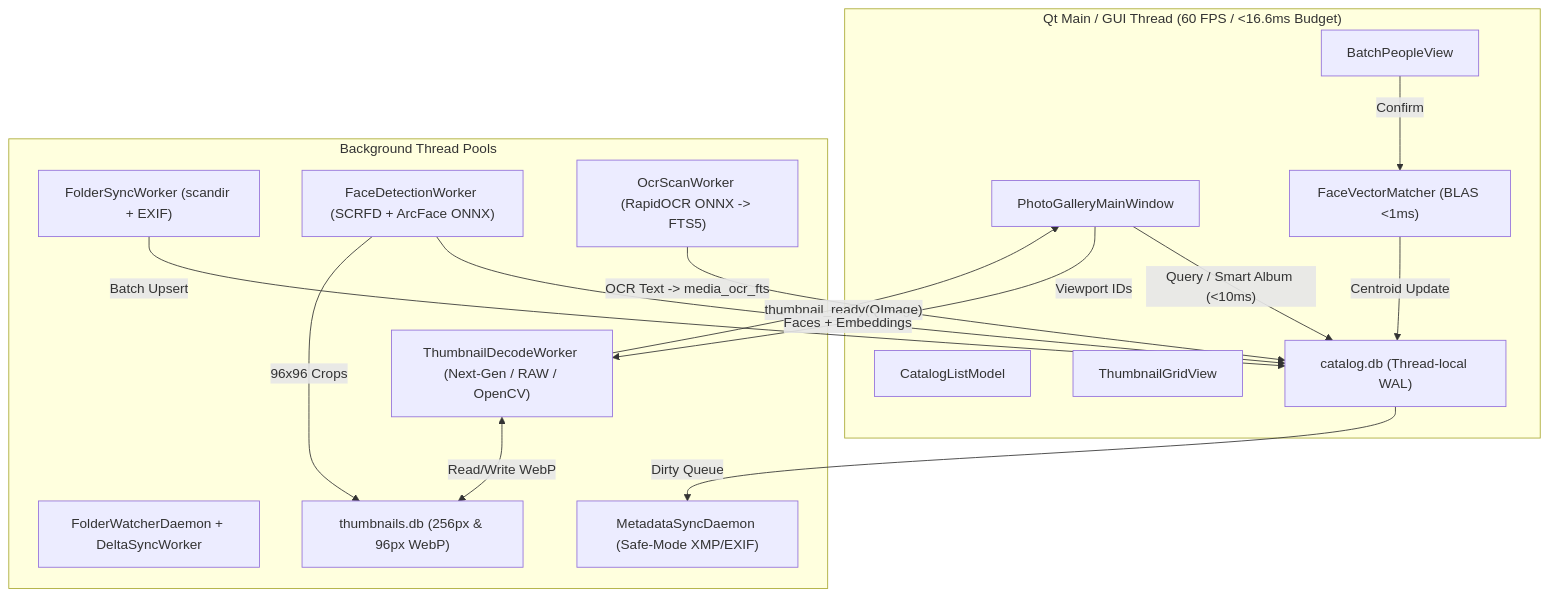
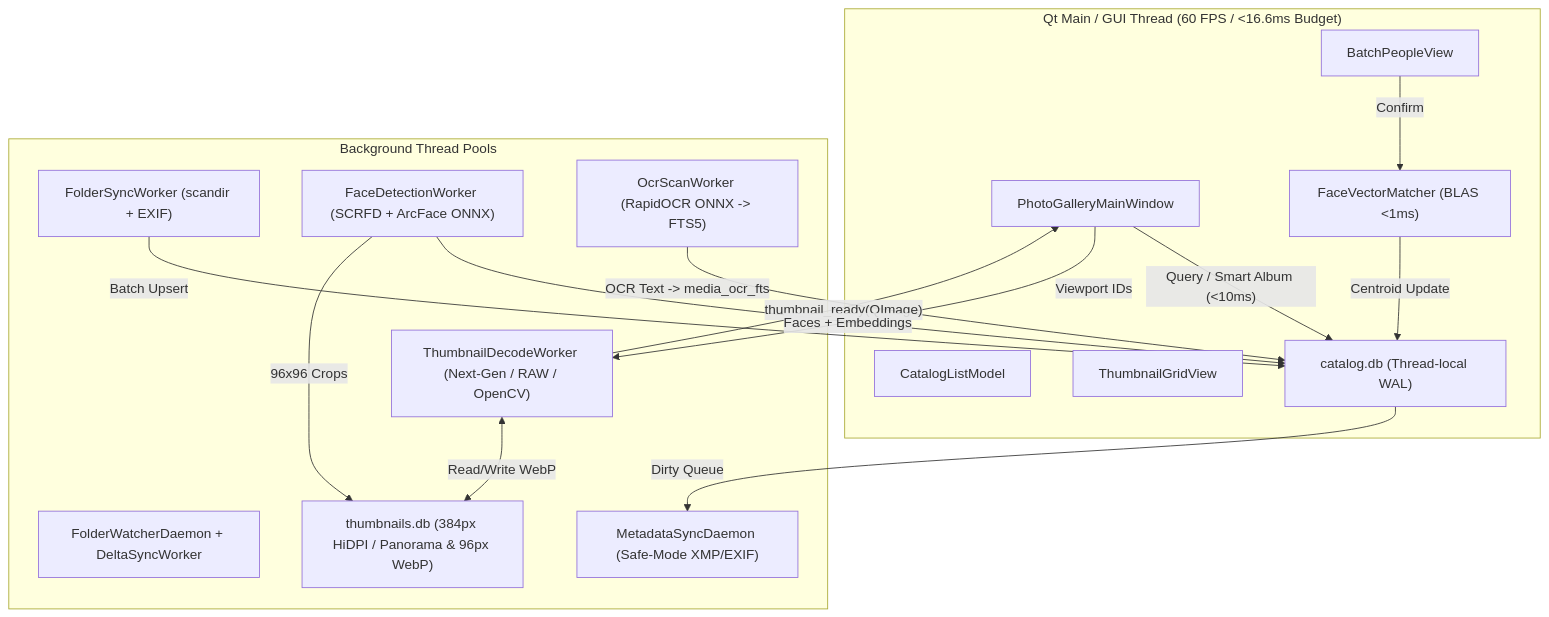
The diagram in docs/ARCHITECTURE.md (docsucram/Essentials-Photo-Gallery), drawn with Mermaid before and after one commit. The commit also changed other lines of this file and 3 other files, not shown here.

````diff
--- a/docs/ARCHITECTURE.md
+++ b/docs/ARCHITECTURE.md
@@ -245,33 +245,33 @@
 ```mermaid
 flowchart TB
     subgraph UI_Thread["Qt Main / GUI Thread (60 FPS / <16.6ms Budget)"]
         MW["PhotoGalleryMainWindow"]
         CLM["CatalogListModel"]
         TGV["ThumbnailGridView"]
         BPV["BatchPeopleView"]
         FVM["FaceVectorMatcher (BLAS <1ms)"]
         CAT_DB["catalog.db (Thread-local WAL)"]
     end
 
     subgraph Workers["Background Thread Pools"]
         FSW["FolderSyncWorker (scandir + EXIF)"]
         FWD["FolderWatcherDaemon + DeltaSyncWorker"]
         TDW["ThumbnailDecodeWorker (Next-Gen / RAW / OpenCV)"]
         FDW["FaceDetectionWorker (SCRFD + ArcFace ONNX)"]
         OSW["OcrScanWorker (RapidOCR ONNX -> FTS5)"]
         MSD["MetadataSyncDaemon (Safe-Mode XMP/EXIF)"]
-        T_DB["thumbnails.db (256px & 96px WebP)"]
+        T_DB["thumbnails.db (384px HiDPI / Panorama & 96px WebP)"]
     end
 
     MW -->|"Query / Smart Album (<10ms)"| CAT_DB
     MW -->|"Viewport IDs"| TDW
     TDW <-->|"Read/Write WebP"| T_DB
     TDW -->|"thumbnail_ready(QImage)"| MW
     FSW -->|"Batch Upsert"| CAT_DB
     CAT_DB -->|"Dirty Queue"| MSD
     FDW -->|"Faces + Embeddings"| CAT_DB
     FDW -->|"96x96 Crops"| T_DB
     OSW -->|"OCR Text -> media_ocr_fts"| CAT_DB
     BPV -->|"Confirm"| FVM
     FVM -->|"Centroid Update"| CAT_DB
 ```
````
